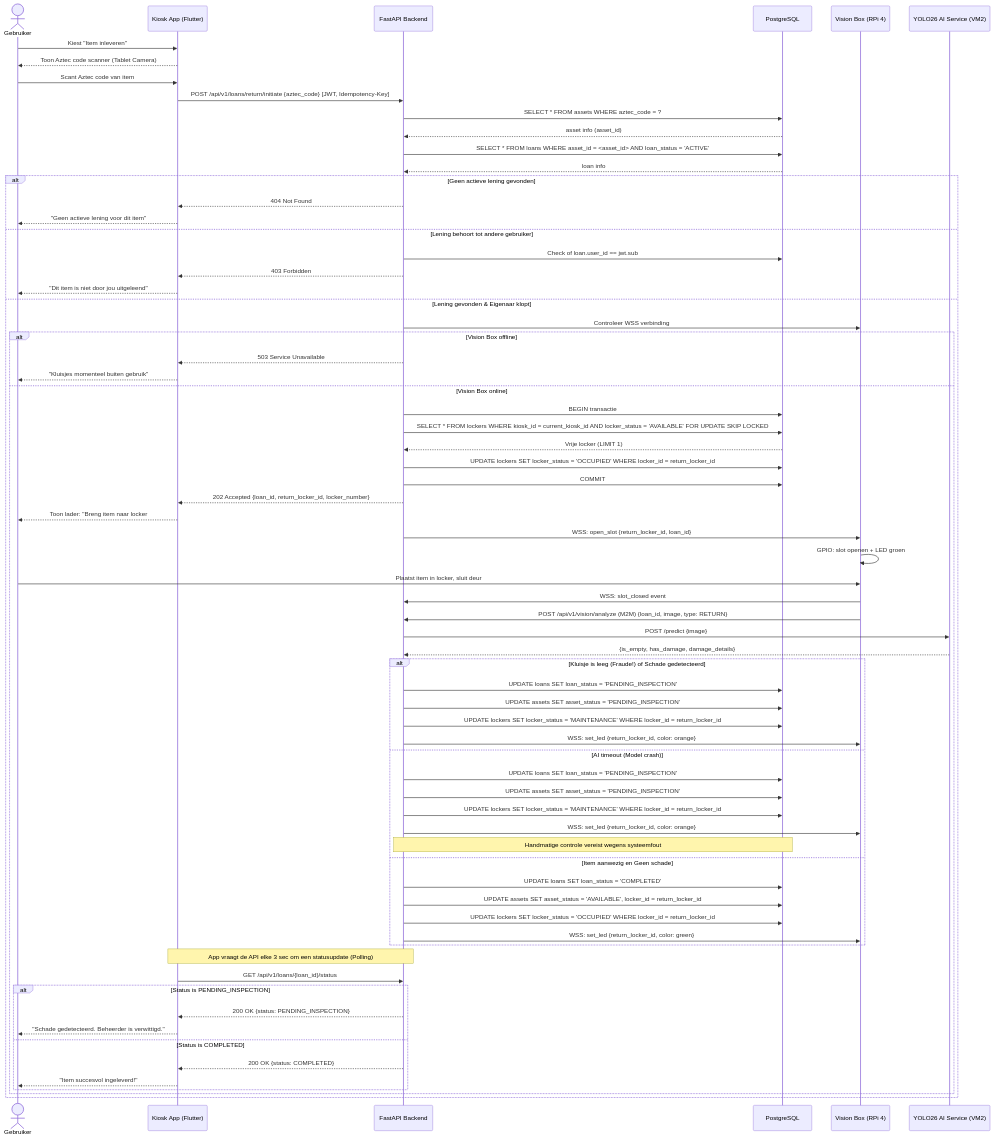
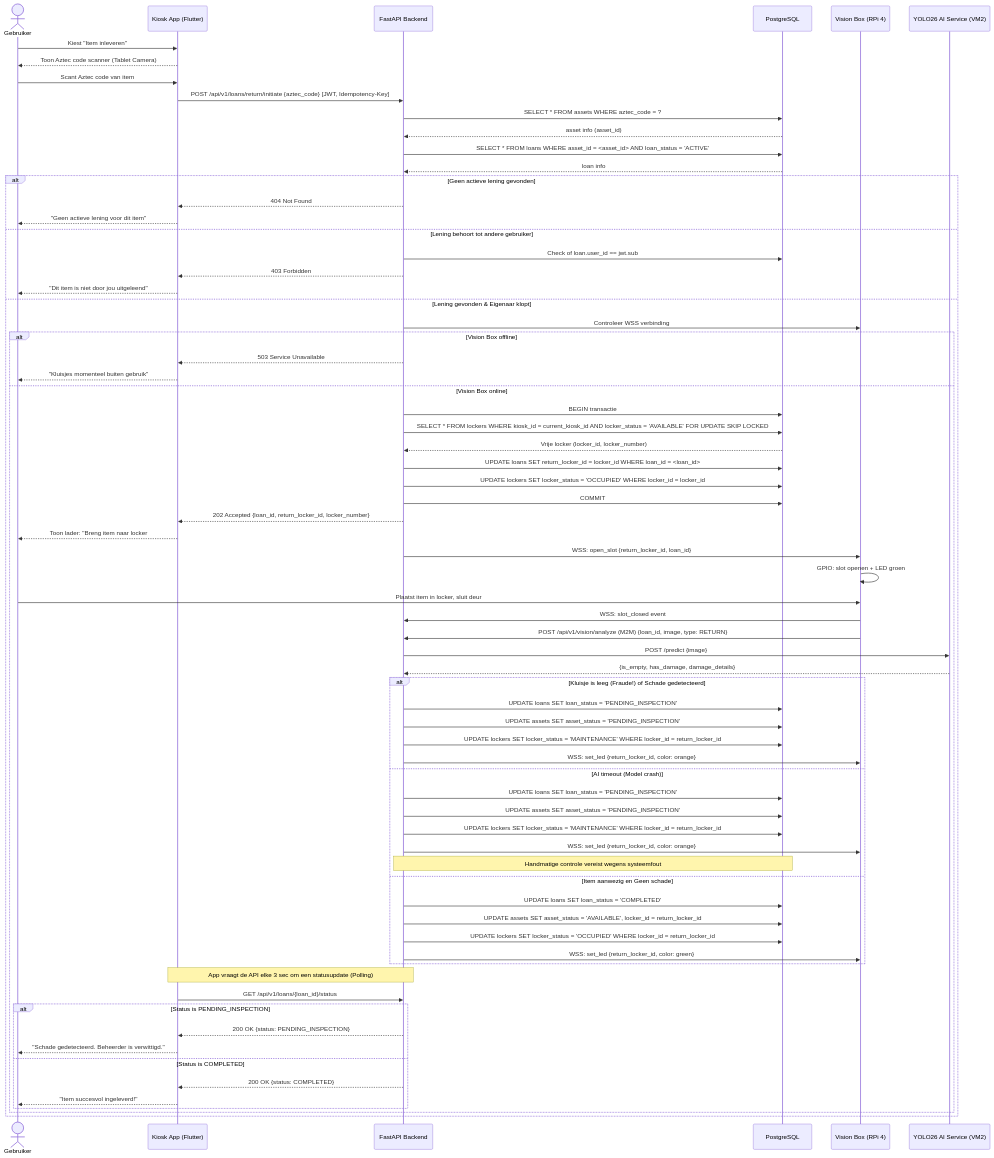
One commit to easylend-practice-enterprise/easylend changed the diagram in docs/diagrams/sequence_return.mmd. Above: the diagram before and after it, drawn with Mermaid. The commit also changed 4 other files, not shown here.

Commit message:
fix: mermaid rendering and copilot logic fixes

```diff
--- a/docs/diagrams/sequence_return.mmd
+++ b/docs/diagrams/sequence_return.mmd
@@ -1,77 +1,78 @@
 sequenceDiagram
     actor User as Gebruiker
     participant App as Kiosk App (Flutter)
     participant API as FastAPI Backend
     participant DB as PostgreSQL
     participant VB as Vision Box (RPi 4)
     participant AI as YOLO26 AI Service (VM2)
 
     User->>App: Kiest "Item inleveren"
     App-->>User: Toon Aztec code scanner (Tablet Camera)
     User->>App: Scant Aztec code van item
     App->>API: POST /api/v1/loans/return/initiate {aztec_code} [JWT, Idempotency-Key]
     API->>DB: SELECT * FROM assets WHERE aztec_code = ?
     DB-->>API: asset info (asset_id)
     API->>DB: SELECT * FROM loans WHERE asset_id = <asset_id> AND loan_status = 'ACTIVE'
     DB-->>API: loan info
 
     alt Geen actieve lening gevonden
         API-->>App: 404 Not Found
         App-->>User: "Geen actieve lening voor dit item"
     else Lening behoort tot andere gebruiker
         API->>DB: Check of loan.user_id == jwt.sub
         API-->>App: 403 Forbidden
         App-->>User: "Dit item is niet door jou uitgeleend"
     else Lening gevonden & Eigenaar klopt
         API->>VB: Controleer WSS verbinding
         alt Vision Box offline
             API-->>App: 503 Service Unavailable
             App-->>User: "Kluisjes momenteel buiten gebruik"
         else Vision Box online
             API->>DB: BEGIN transactie
             API->>DB: SELECT * FROM lockers WHERE kiosk_id = current_kiosk_id AND locker_status = 'AVAILABLE' FOR UPDATE SKIP LOCKED
-            DB-->>API: Vrije locker (LIMIT 1)
-            API->>DB: UPDATE lockers SET locker_status = 'OCCUPIED' WHERE locker_id = return_locker_id
+            DB-->>API: Vrije locker (locker_id, locker_number)
+            API->>DB: UPDATE loans SET return_locker_id = locker_id WHERE loan_id = <loan_id>
+            API->>DB: UPDATE lockers SET locker_status = 'OCCUPIED' WHERE locker_id = locker_id
             API->>DB: COMMIT
             API-->>App: 202 Accepted {loan_id, return_locker_id, locker_number}
             App-->>User: Toon lader: "Breng item naar locker #N"
 
             API->>VB: WSS: open_slot {return_locker_id, loan_id}
             VB->>VB: GPIO: slot openen + LED groen
             User->>VB: Plaatst item in locker, sluit deur
             VB->>API: WSS: slot_closed event
 
             VB->>API: POST /api/v1/vision/analyze (M2M) {loan_id, image, type: RETURN}
             API->>AI: POST /predict {image}
             AI-->>API: {is_empty, has_damage, damage_details}
 
             alt Kluisje is leeg (Fraude!) of Schade gedetecteerd
                 API->>DB: UPDATE loans SET loan_status = 'PENDING_INSPECTION'
                 API->>DB: UPDATE assets SET asset_status = 'PENDING_INSPECTION'
                 API->>DB: UPDATE lockers SET locker_status = 'MAINTENANCE' WHERE locker_id = return_locker_id
                 API->>VB: WSS: set_led {return_locker_id, color: orange}
             else AI timeout (Model crash)
                 API->>DB: UPDATE loans SET loan_status = 'PENDING_INSPECTION'
                 API->>DB: UPDATE assets SET asset_status = 'PENDING_INSPECTION'
                 API->>DB: UPDATE lockers SET locker_status = 'MAINTENANCE' WHERE locker_id = return_locker_id
                 API->>VB: WSS: set_led {return_locker_id, color: orange}
                 Note over API,DB: Handmatige controle vereist wegens systeemfout
             else Item aanwezig en Geen schade
                 API->>DB: UPDATE loans SET loan_status = 'COMPLETED'
                 API->>DB: UPDATE assets SET asset_status = 'AVAILABLE', locker_id = return_locker_id
                 API->>DB: UPDATE lockers SET locker_status = 'OCCUPIED' WHERE locker_id = return_locker_id
                 API->>VB: WSS: set_led {return_locker_id, color: green}
             end
 
             Note over App,API: App vraagt de API elke 3 sec om een statusupdate (Polling)
             App->>API: GET /api/v1/loans/{loan_id}/status
             
             alt Status is PENDING_INSPECTION
                 API-->>App: 200 OK {status: PENDING_INSPECTION}
                 App-->>User: "Schade gedetecteerd. Beheerder is verwittigd."
             else Status is COMPLETED
                 API-->>App: 200 OK {status: COMPLETED}
                 App-->>User: "Item succesvol ingeleverd!"
             end
         end
     end
```
